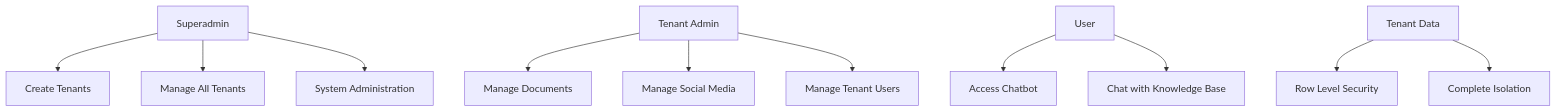
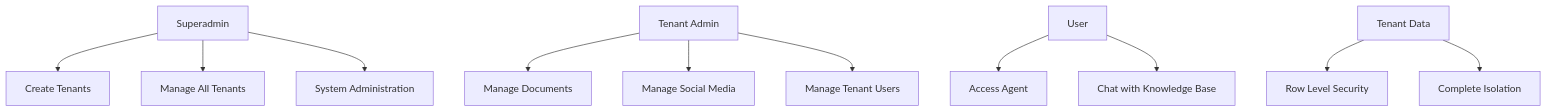
One commit to aminebadraoui/MNFST-RAG-UI changed the first of 2 diagrams in README.md. Above: the diagram before and after it, drawn with Mermaid. The commit also changed other lines of this file and 8 other files, not shown here.

Commit message:
Rename chatbot to agent

````diff
--- a/README.md
+++ b/README.md
@@ -107,16 +107,16 @@
 ```mermaid
 graph TD
     A[Superadmin] --> B[Create Tenants]
     A --> C[Manage All Tenants]
     A --> D[System Administration]
     
     E[Tenant Admin] --> F[Manage Documents]
     E --> G[Manage Social Media]
     E --> H[Manage Tenant Users]
     
-    I[User] --> J[Access Chatbot]
+    I[User] --> J[Access Agent]
     I --> K[Chat with Knowledge Base]
     
     L[Tenant Data] --> M[Row Level Security]
     L --> N[Complete Isolation]
 ```
````
